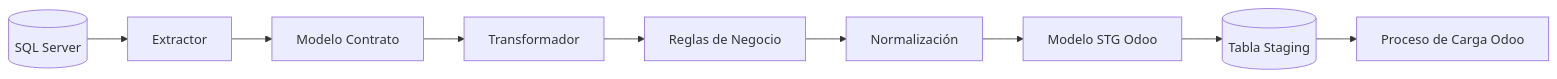
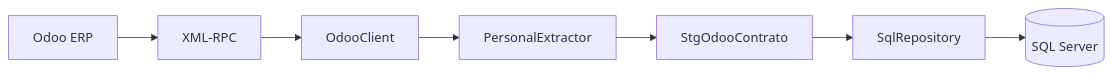
Before and after one commit to IstokCarvallo/Odoo: the first of 4 diagrams in README.md, drawn with Mermaid. The commit also changed other lines of this file and 5 other files, not shown here.

````diff
--- a/README.md
+++ b/README.md
@@ -51,19 +41,18 @@
 ```mermaid
 flowchart LR
 
-A[(SQL Server)] --> B[Extractor]
+A[Odoo ERP]
 
-B --> C[Modelo Contrato]
+A --> B[XML-RPC]
 
-C --> D[Transformador]
+B --> C[OdooClient]
 
-D --> E[Reglas de Negocio]
+C --> D[PersonalExtractor]
 
-E --> F[Normalización]
+D --> E[StgOdooContrato]
 
-F --> G[Modelo STG Odoo]
+E --> F[SqlRepository]
 
-G --> H[(Tabla Staging)]
+F --> G[(SQL Server)]
 
-H --> I[Proceso de Carga Odoo]
 ```
````
